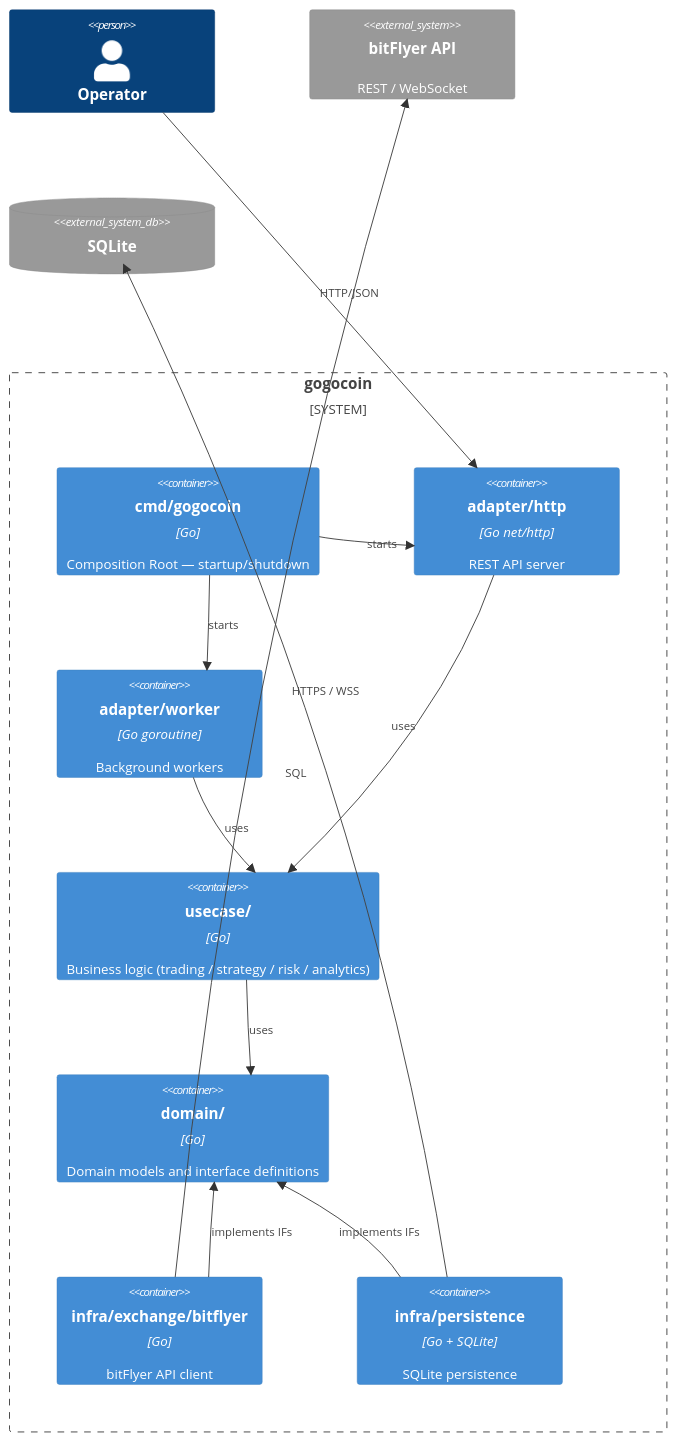
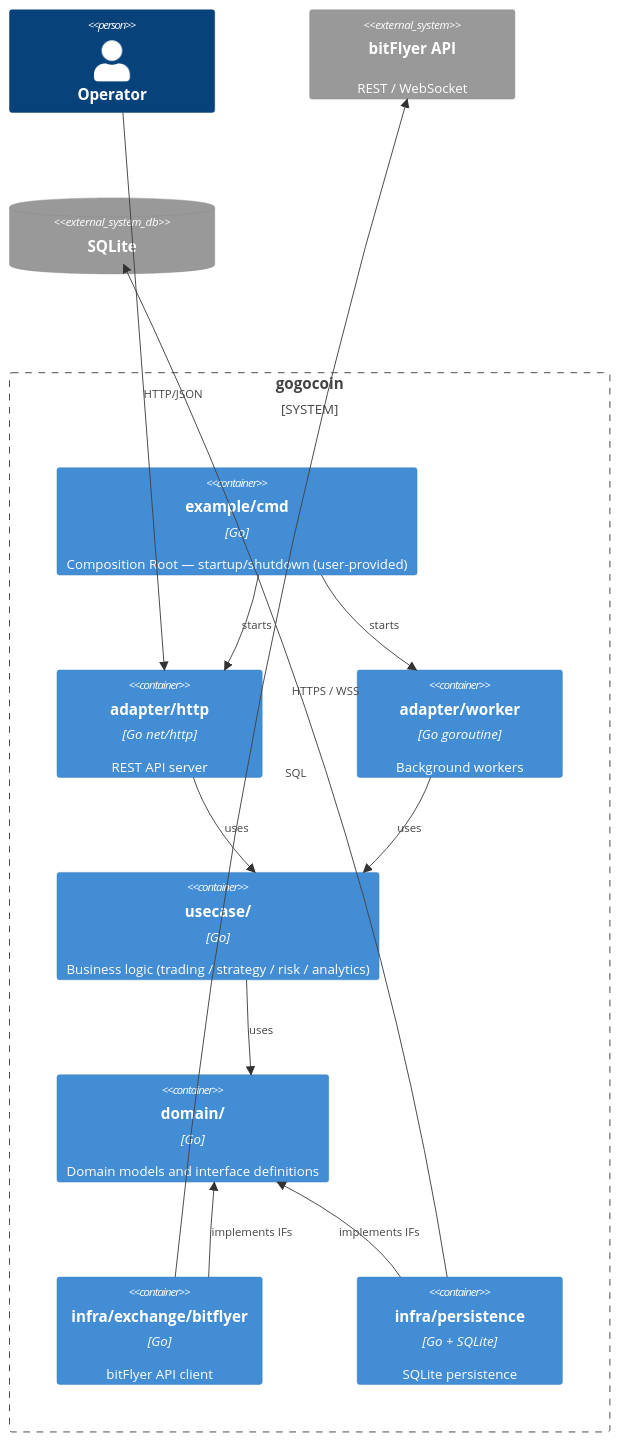
Before and after one commit to bmf-san/gogocoin: the second of 24 diagrams in docs/DESIGN_DOC.md, drawn with Mermaid. The commit also changed other lines of this file and 13 other files, not shown here.

First line of the commit message:
refactor: remove cmd/ and move Docker setup to example/ (#86)

````diff
--- a/docs/DESIGN_DOC.md
+++ b/docs/DESIGN_DOC.md
@@ -21,28 +21,28 @@
 ```mermaid
 C4Container
     Person(operator, "Operator")
 
     System_Boundary(gogocoin, "gogocoin") {
-        Container(cmd, "cmd/gogocoin", "Go", "Composition Root — startup/shutdown")
+        Container(example, "example/cmd", "Go", "Composition Root — startup/shutdown (user-provided)")
         Container(http, "adapter/http", "Go net/http", "REST API server")
         Container(worker, "adapter/worker", "Go goroutine", "Background workers")
         Container(usecase, "usecase/", "Go", "Business logic (trading / strategy / risk / analytics)")
         Container(domain, "domain/", "Go", "Domain models and interface definitions")
         Container(infra_bf, "infra/exchange/bitflyer", "Go", "bitFlyer API client")
         Container(infra_db, "infra/persistence", "Go + SQLite", "SQLite persistence")
     }
 
     System_Ext(bitflyer_api, "bitFlyer API", "REST / WebSocket")
     SystemDb_Ext(sqlite, "SQLite")
 
     Rel(operator, http, "HTTP/JSON")
-    Rel(cmd, http, "starts")
-    Rel(cmd, worker, "starts")
+    Rel(example, http, "starts")
+    Rel(example, worker, "starts")
     Rel(http, usecase, "uses")
     Rel(worker, usecase, "uses")
     Rel(usecase, domain, "uses")
     Rel(infra_bf, domain, "implements IFs")
     Rel(infra_db, domain, "implements IFs")
     Rel(infra_bf, bitflyer_api, "HTTPS / WSS")
     Rel(infra_db, sqlite, "SQL")
 ```
````
